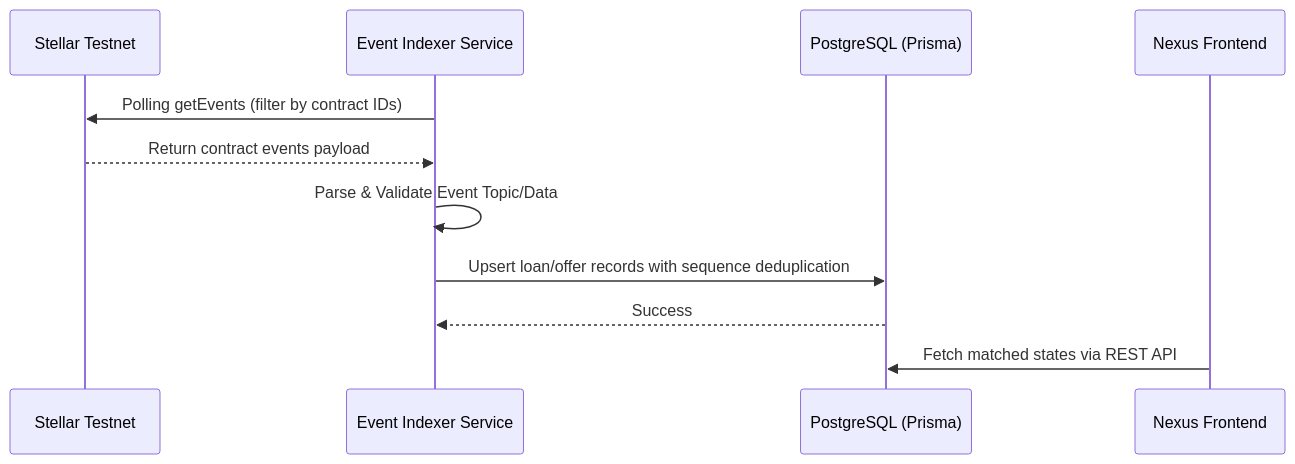
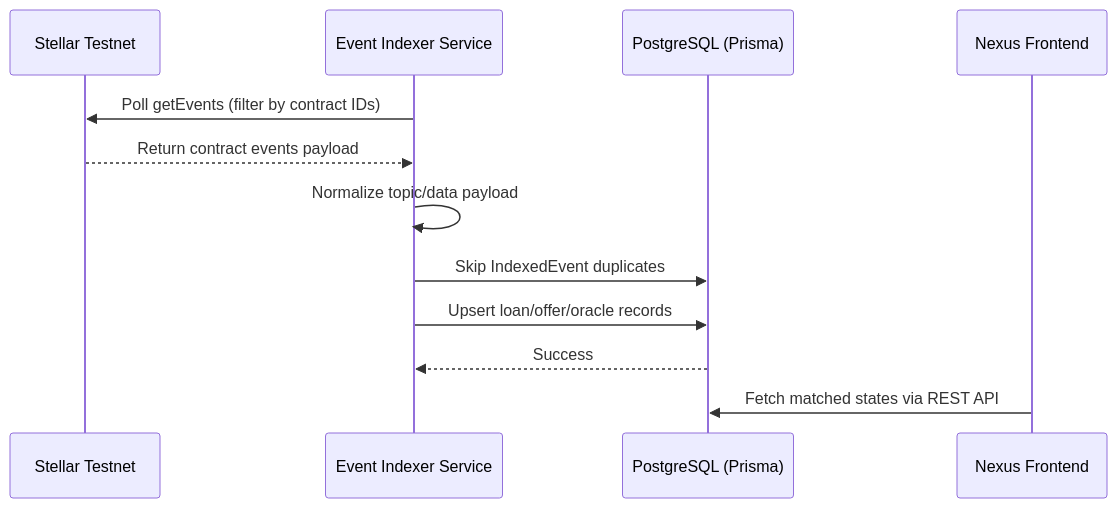
One commit to TheAnh1404/NexusLending changed the diagram in backend/src/modules/indexer/README.md. Above: the diagram before and after it, drawn with Mermaid. The commit also changed other lines of this file and 30 other files, not shown here.

````diff
--- a/backend/src/modules/indexer/README.md
+++ b/backend/src/modules/indexer/README.md
@@ -7,14 +7,15 @@
 ```mermaid
 sequenceDiagram
     participant Blockchain as Stellar Testnet
     participant Indexer as Event Indexer Service
     participant Database as PostgreSQL (Prisma)
     participant Client as Nexus Frontend
 
-    Indexer->>Blockchain: Polling getEvents (filter by contract IDs)
+    Indexer->>Blockchain: Poll getEvents (filter by contract IDs)
     Blockchain-->>Indexer: Return contract events payload
-    Indexer->>Indexer: Parse & Validate Event Topic/Data
-    Indexer->>Database: Upsert loan/offer records with sequence deduplication
+    Indexer->>Indexer: Normalize topic/data payload
+    Indexer->>Database: Skip IndexedEvent duplicates
+    Indexer->>Database: Upsert loan/offer/oracle records
     Database-->>Indexer: Success
     Client->>Database: Fetch matched states via REST API
 ```
````
